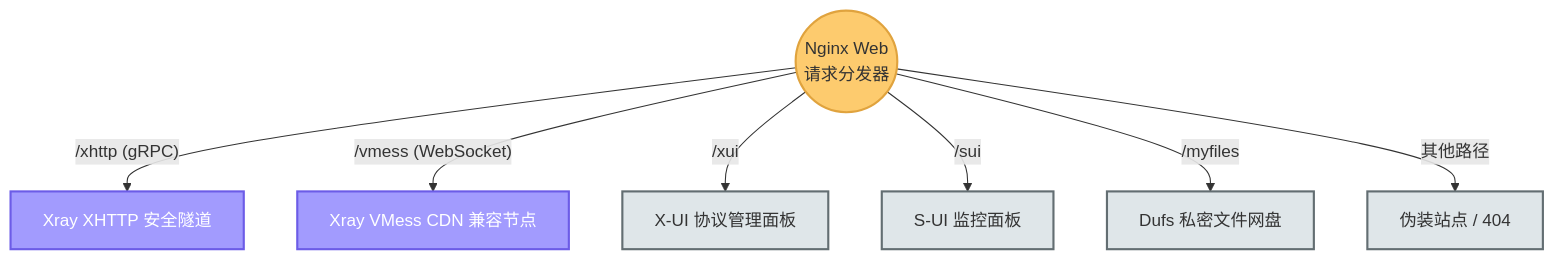
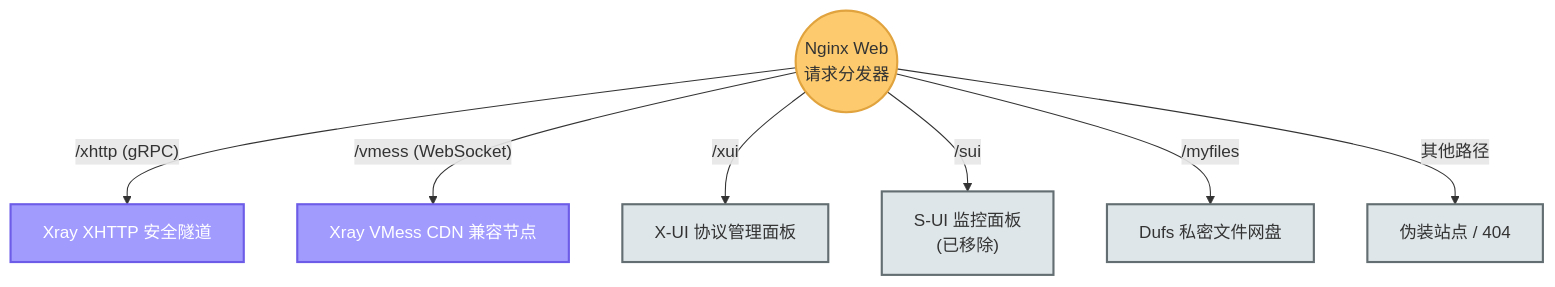
The fourth of 11 diagrams in docs/01-architecture-and-traffic.md (currycan/sb-xray), drawn with Mermaid before and after one commit. The commit also changed other lines of this file and 2 other files, not shown here.

Commit message:
docs: 标注 x-ui 默认不启用与 s-ui 已废弃
- x-ui 实际由 docker-compose.yml 默认 ENABLE_XUI=false 关闭：在 readme
  降载速查表/组件表、docs/04 面板入口表与 §7.2 开关语义表标注「开箱默认不启用」，
  消除「默认开启」误导
- s-ui 已从镜像移除（代码层早以注释保留），文档仍把它当活面板展示且个别处
  标成默认 true：在 readme、docs/01 两张架构图、docs/04 相关表格补
  「已不再内置/已废弃/已移除」标注，保留原介绍仅作历史参考

````diff
--- a/docs/01-architecture-and-traffic.md
+++ b/docs/01-architecture-and-traffic.md
@@ -184,15 +184,15 @@
 ```mermaid
 flowchart TD
     classDef gateway  fill:#fdcb6e,stroke:#e0a33e,stroke-width:2px,color:#333
     classDef xray     fill:#a29bfe,stroke:#6c5ce7,stroke-width:2px,color:#fff
     classDef app      fill:#dfe6e9,stroke:#636e72,stroke-width:2px,color:#333
 
     NginxWeb(("Nginx Web<br/>请求分发器")):::gateway
 
     NginxWeb -- "/xhttp (gRPC)" --> Xhttp["Xray XHTTP 安全隧道"]:::xray
     NginxWeb -- "/vmess (WebSocket)" --> VMess["Xray VMess CDN 兼容节点"]:::xray
     NginxWeb -- "/xui" --> XUI["X-UI 协议管理面板"]:::app
-    NginxWeb -- "/sui" --> SUI["S-UI 监控面板"]:::app
+    NginxWeb -- "/sui" --> SUI["S-UI 监控面板<br/>(已移除)"]:::app
     NginxWeb -- "/myfiles" --> Dufs["Dufs 私密文件网盘"]:::app
     NginxWeb -- "其他路径" --> FakeWeb["伪装站点 / 404"]:::app
 ```
````
